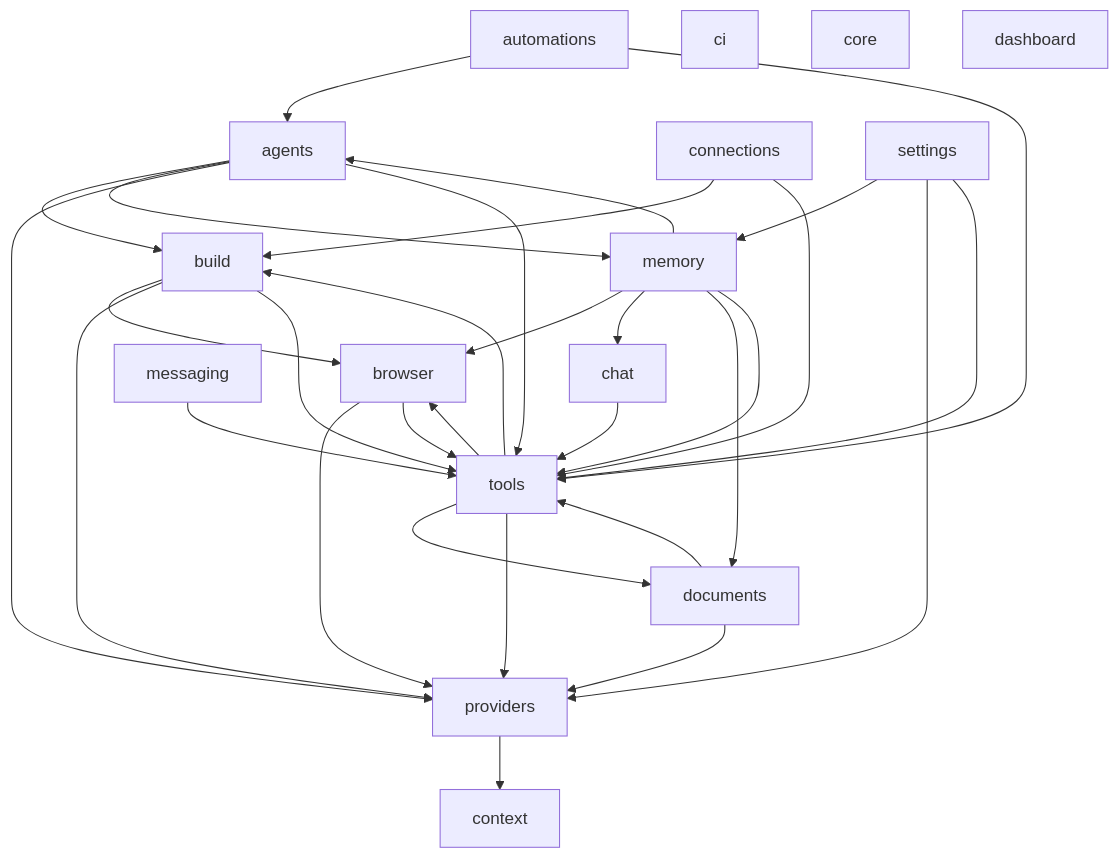
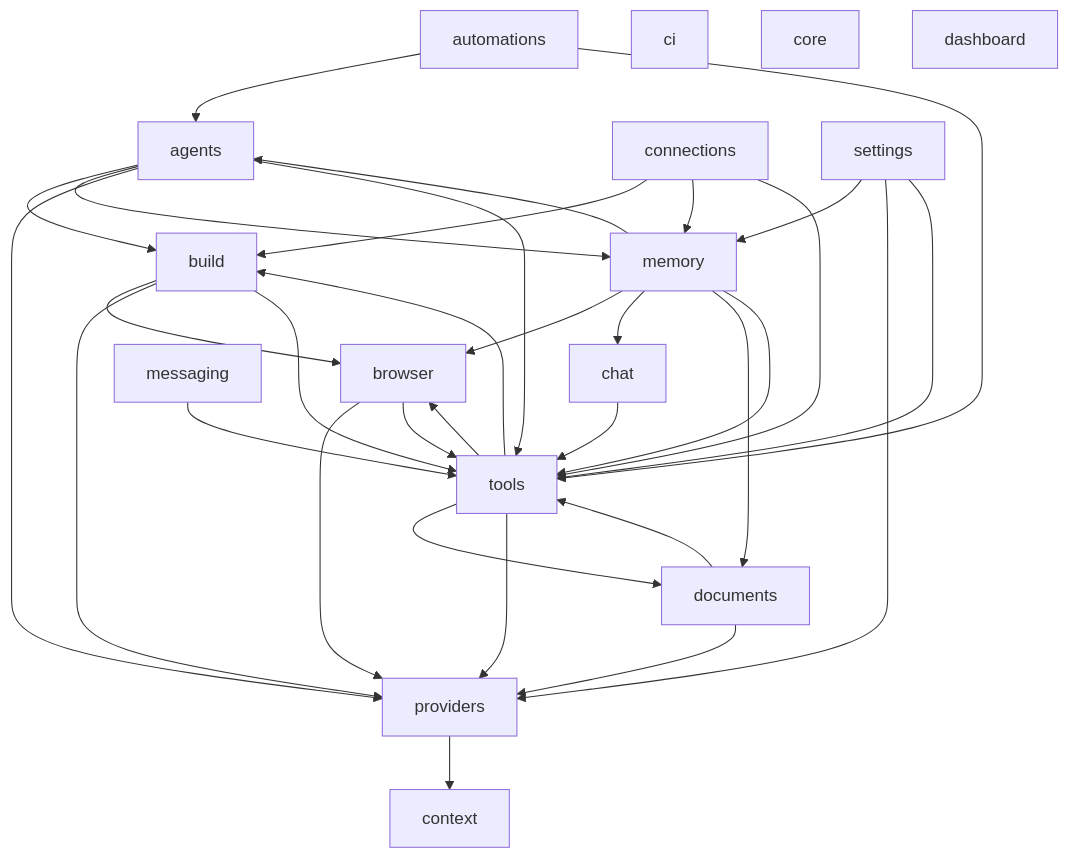
The second of 2 diagrams in docs/DEPENDENCIES.md (RealDealCPA-VR/Iron-Jarvis), drawn with Mermaid before and after one commit. The commit also changed other lines of this file and 31 other files, not shown here.

````diff
--- a/docs/DEPENDENCIES.md
+++ b/docs/DEPENDENCIES.md
@@ -53,49 +53,50 @@
 ```mermaid
 flowchart TD
   agents["agents"]
   automations["automations"]
   browser["browser"]
   build["build"]
   chat["chat"]
   ci["ci"]
   connections["connections"]
   context["context"]
   core["core"]
   dashboard["dashboard"]
   documents["documents"]
   memory["memory"]
   messaging["messaging"]
   providers["providers"]
   settings["settings"]
   tools["tools"]
   agents --> build
   agents --> memory
   agents --> providers
   agents --> tools
   automations --> agents
   automations --> tools
   browser --> providers
   browser --> tools
   build --> browser
   build --> providers
   build --> tools
   chat --> tools
   connections --> build
+  connections --> memory
   connections --> tools
   documents --> providers
   documents --> tools
   memory --> agents
   memory --> browser
   memory --> chat
   memory --> documents
   memory --> tools
   messaging --> tools
   providers --> context
   settings --> memory
   settings --> providers
   settings --> tools
   tools --> browser
   tools --> build
   tools --> documents
   tools --> providers
 ```
````
